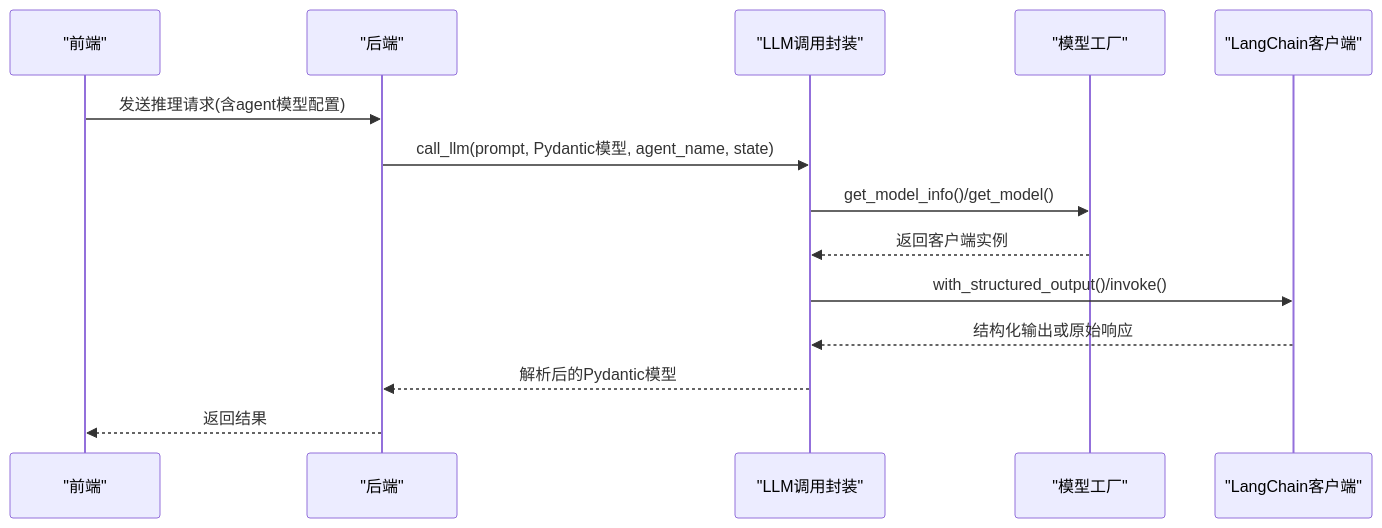
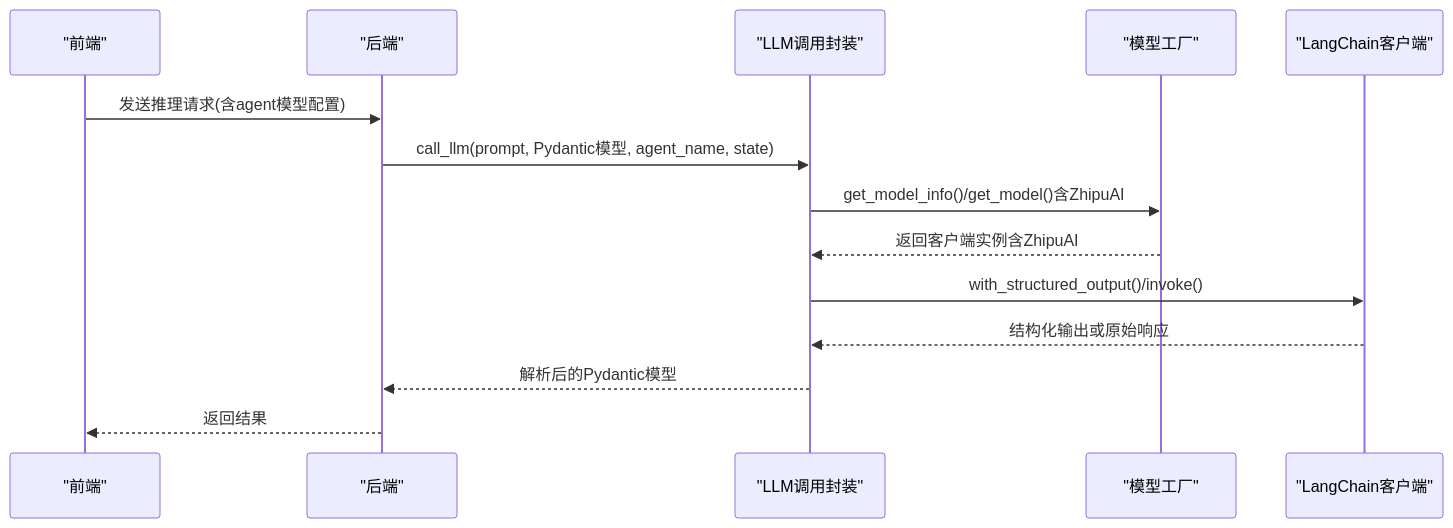
One commit to lichen14-hash/ai-hedge-fund changed the sixth of 8 diagrams in .qoder/repowiki/zh/content/AI_ML集成/LLM服务集成.md. Above: the diagram before and after it, drawn with Mermaid. The commit also changed other lines of this file and 11 other files, not shown here.

````diff
--- a/.qoder/repowiki/zh/content/AI_ML集成/LLM服务集成.md
+++ b/.qoder/repowiki/zh/content/AI_ML集成/LLM服务集成.md
@@ -273,16 +285,16 @@
 ```mermaid
 sequenceDiagram
 participant FE as "前端"
 participant API as "后端"
 participant U as "LLM调用封装"
 participant F as "模型工厂"
 participant C as "LangChain客户端"
 FE->>API : 发送推理请求(含agent模型配置)
 API->>U : call_llm(prompt, Pydantic模型, agent_name, state)
-U->>F : get_model_info()/get_model()
-F-->>U : 返回客户端实例
+U->>F : get_model_info()/get_model()含ZhipuAI
+F-->>U : 返回客户端实例含ZhipuAI
 U->>C : with_structured_output()/invoke()
 C-->>U : 结构化输出或原始响应
 U-->>API : 解析后的Pydantic模型
 API-->>FE : 返回结果
 ```
````
